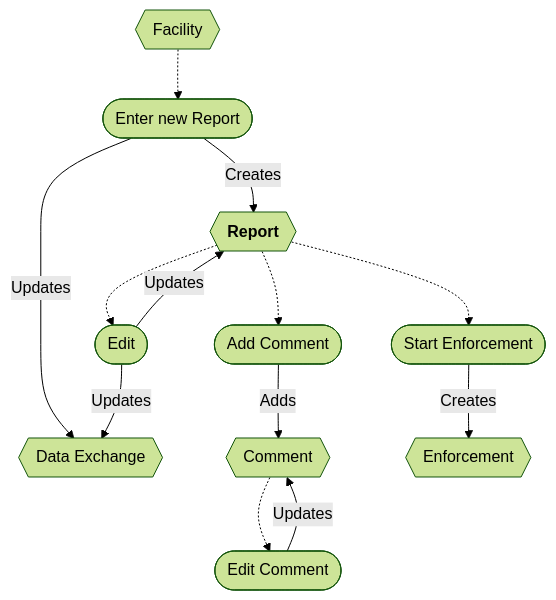
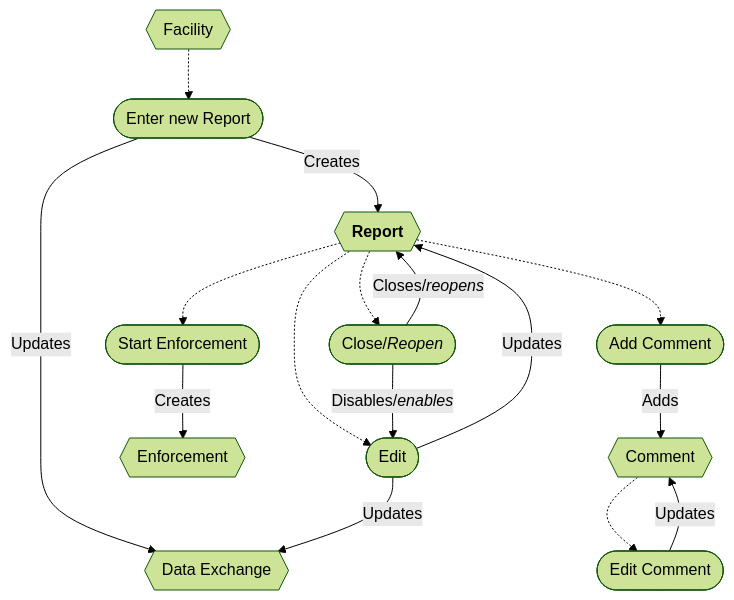
The first of 2 diagrams in docs/Workflows/Work-entries/Report.md (gaepdit/air-web), drawn with Mermaid (forest theme) before and after one commit. The commit also changed other lines of this file and 8 other files, not shown here.

Commit message:
Update workflow diagrams

````diff
--- a/docs/Workflows/Work-entries/Report.md
+++ b/docs/Workflows/Work-entries/Report.md
@@ -5,29 +10,33 @@
 ```mermaid
 flowchart
     FAC{{Facility}}
-    REP{{"`**Report**`"}}
+    WRK{{"`**Report**`"}}
     DX{{Data Exchange}}
     CMT{{Comment}}
     ENF{{Enforcement}}
 
     enter([Enter new Report])
     comment([Add Comment])
     edit([Edit])
     enforce([Start Enforcement])
+    close(["`Close/*Reopen*`"])
     editComment([Edit Comment])
 
     FAC -.-> enter
-    REP -.-> edit
-    REP -.-> comment
-    REP -.-> enforce
+    WRK -.-> edit
+    WRK -.-> close
+    WRK -.-> comment
+    WRK -.-> enforce
     CMT -.-> editComment
 
-    enter -->|Creates| REP
-    edit -->|Updates| REP
+    close -->|"`Disables/*enables*`"| edit
+
+    enter -->|Creates| WRK
+    edit -->|Updates| WRK
+    close -->|"`Closes/*reopens*`"| WRK
     editComment -->|Updates| CMT
     comment -->|Adds| CMT
     enforce -->|Creates| ENF
     enter -->|Updates| DX
     edit -->|Updates| DX
-
 ```
````
